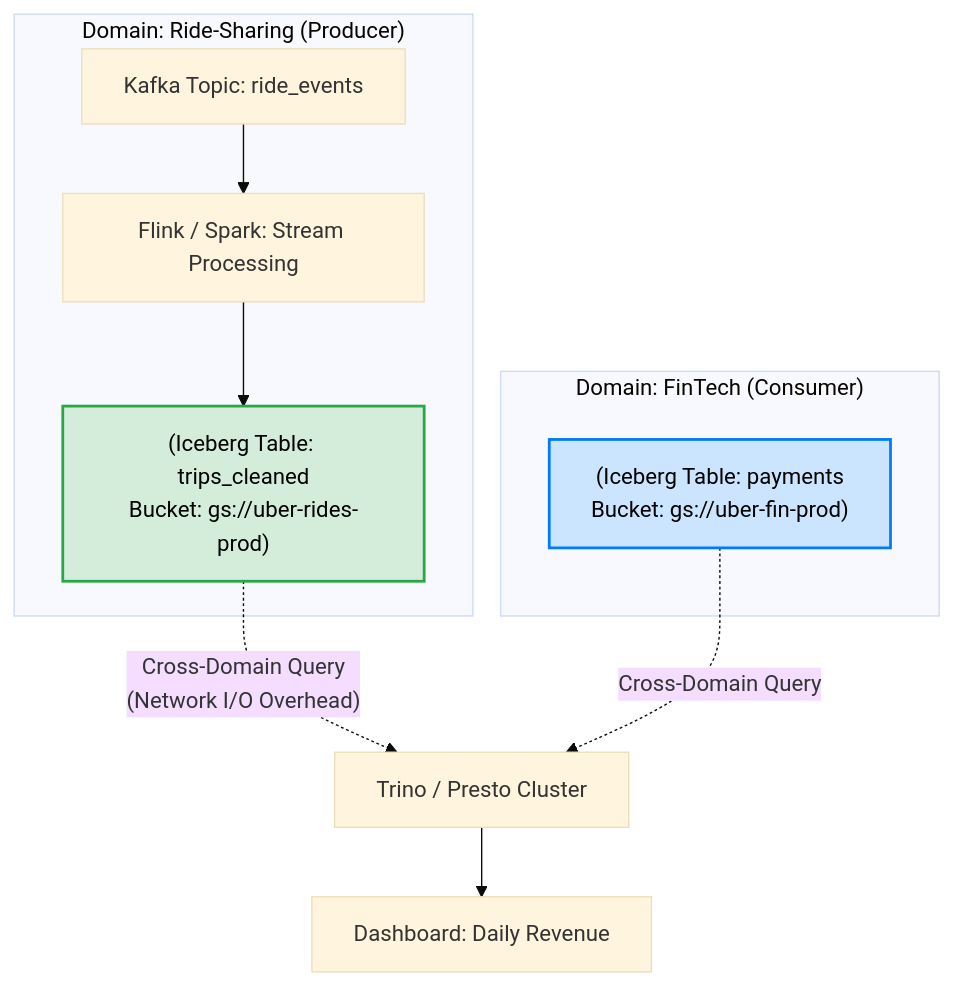
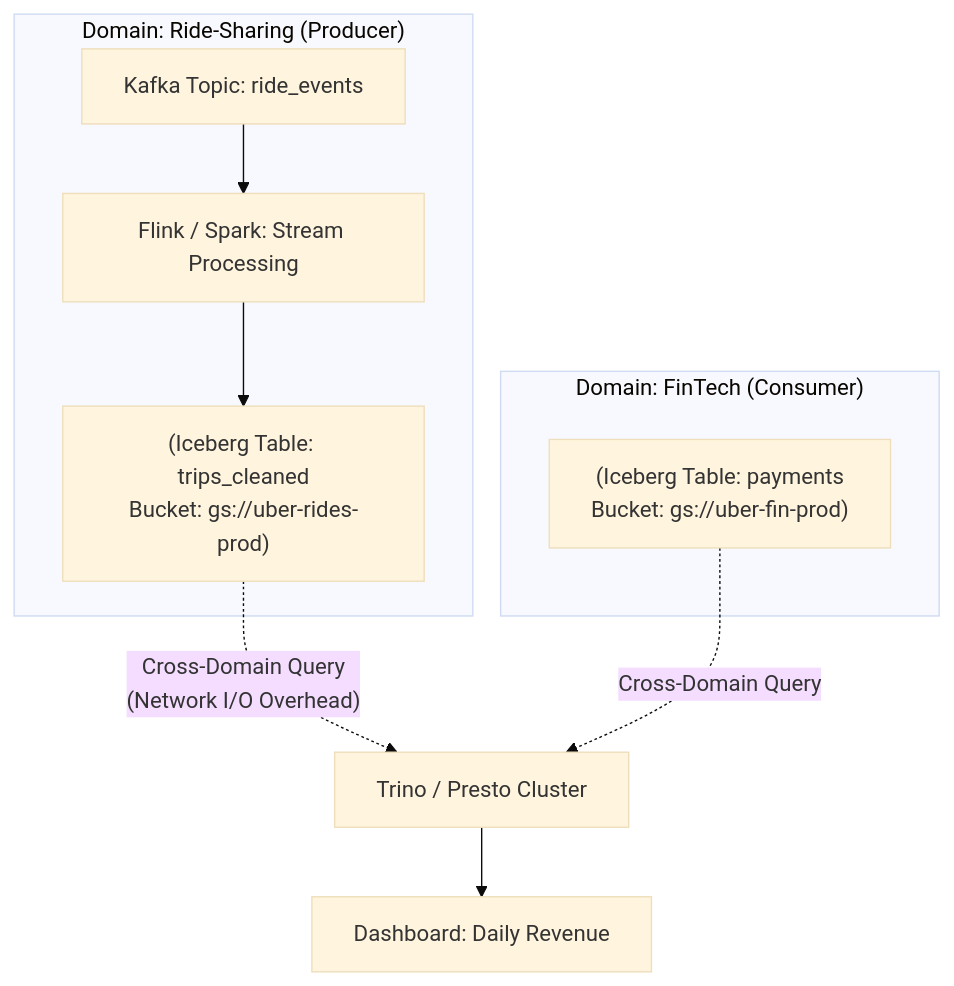
The diagram in src/content/docs/concepts/8-security-governance-finops/data-ownership.md (kythuatdulieu/kythuatdulieu.github.io), drawn with Mermaid (base theme) before and after one commit. The commit also changed 686 other files, not shown here.

````diff
--- a/src/content/docs/concepts/8-security-governance-finops/data-ownership.md
+++ b/src/content/docs/concepts/8-security-governance-finops/data-ownership.md
@@ -49,20 +49,19 @@
 ```mermaid
 graph TD
     subgraph Domain_Ride_Sharing ["Domain: Ride-Sharing (Producer)"]
         A["Kafka Topic: ride_events"] --> B["Flink / Spark: Stream Processing"]
         B --> C["(Iceberg Table: trips_cleaned\nBucket: gs://uber-rides-prod)"]
     end
     
     subgraph Domain_FinTech ["Domain: FinTech (Consumer)"]
         D["(Iceberg Table: payments\nBucket: gs://uber-fin-prod)"]
     end
     
     C -. "Cross-Domain Query\n(Network I/O Overhead)" .-> E["Trino / Presto Cluster"]
     D -.->|"Cross-Domain Query"| E
     E --> F["Dashboard: Daily Revenue"]
-    
-    classDef producer fill:#d4edda,stroke:#28a745,stroke-width:2px,color:#000;
-    classDef consumer fill:#cce5ff,stroke:#007bff,stroke-width:2px,color:#000;
+
+
     class C producer
     class D consumer
 ```
````
